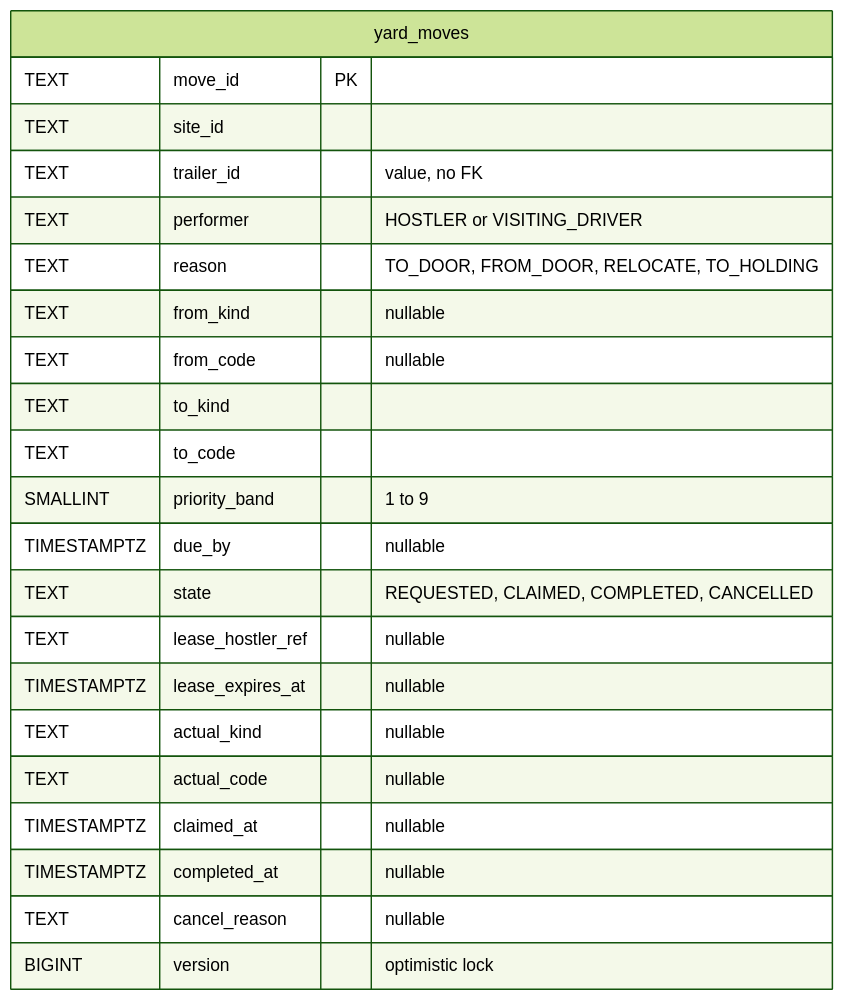
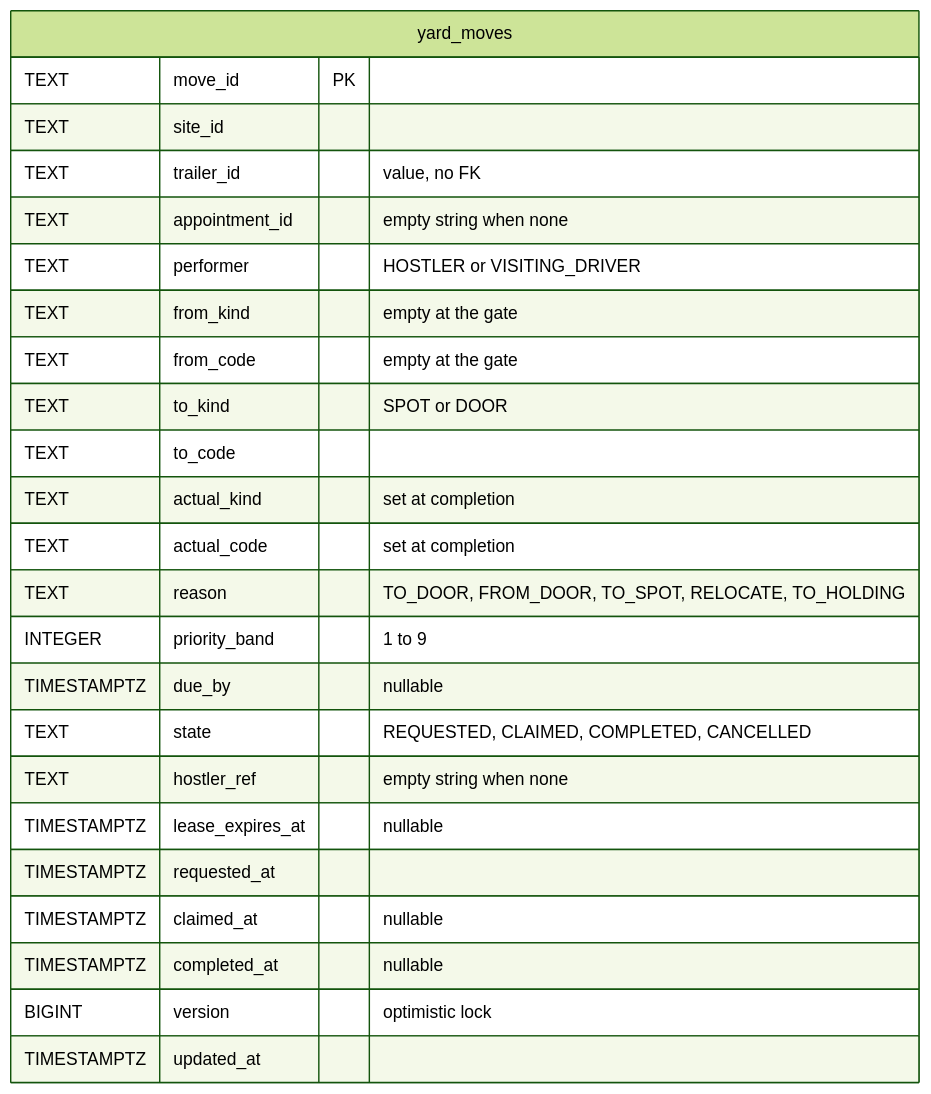
The third of 8 diagrams in yard/docs/contexts/yard-management/entity-relationship.md (IQVO/warehouse-docs), drawn with Mermaid (forest theme) before and after one commit. The commit also changed other lines of this file and 51 other files, not shown here.

````diff
--- a/yard/docs/contexts/yard-management/entity-relationship.md
+++ b/yard/docs/contexts/yard-management/entity-relationship.md
@@ -82,26 +87,28 @@
 ```mermaid
 erDiagram
     direction LR
     yard_moves {
         TEXT move_id PK
         TEXT site_id
         TEXT trailer_id "value, no FK"
+        TEXT appointment_id "empty string when none"
         TEXT performer "HOSTLER or VISITING_DRIVER"
-        TEXT reason "TO_DOOR, FROM_DOOR, RELOCATE, TO_HOLDING"
-        TEXT from_kind "nullable"
-        TEXT from_code "nullable"
-        TEXT to_kind
+        TEXT from_kind "empty at the gate"
+        TEXT from_code "empty at the gate"
+        TEXT to_kind "SPOT or DOOR"
         TEXT to_code
-        SMALLINT priority_band "1 to 9"
+        TEXT actual_kind "set at completion"
+        TEXT actual_code "set at completion"
+        TEXT reason "TO_DOOR, FROM_DOOR, TO_SPOT, RELOCATE, TO_HOLDING"
+        INTEGER priority_band "1 to 9"
         TIMESTAMPTZ due_by "nullable"
         TEXT state "REQUESTED, CLAIMED, COMPLETED, CANCELLED"
-        TEXT lease_hostler_ref "nullable"
+        TEXT hostler_ref "empty string when none"
         TIMESTAMPTZ lease_expires_at "nullable"
-        TEXT actual_kind "nullable"
-        TEXT actual_code "nullable"
+        TIMESTAMPTZ requested_at
         TIMESTAMPTZ claimed_at "nullable"
         TIMESTAMPTZ completed_at "nullable"
-        TEXT cancel_reason "nullable"
         BIGINT version "optimistic lock"
+        TIMESTAMPTZ updated_at
     }
 ```
````
